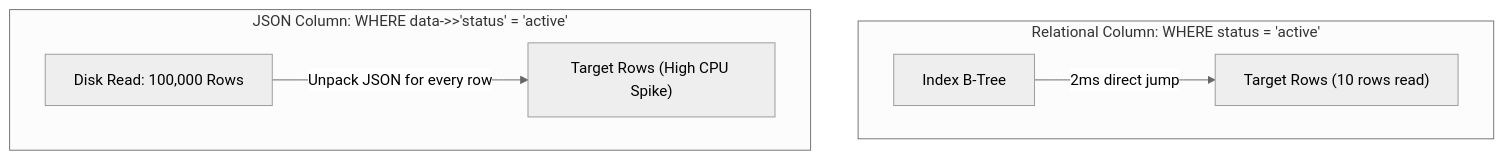
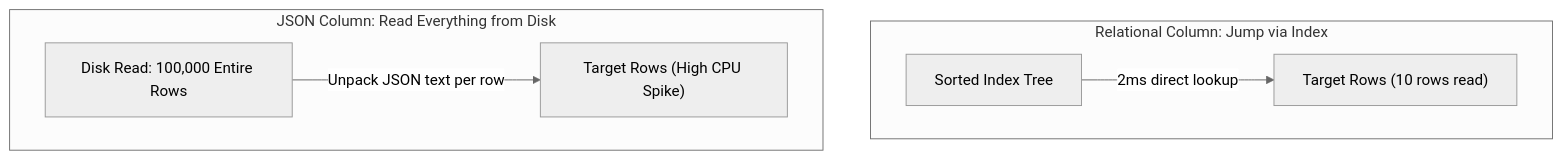
The second of 3 diagrams in productivity/your-co-engineer-for-this-jet-engine-is-an-infant/REFERENCE.md (loerei/myskills), drawn with Mermaid (neutral theme) before and after one commit. The commit also changed other lines of this file and 1 other file, not shown here.

Commit message:
feat(skills): enshrine ideology 'explain through idea of tech terms' and ban raw code dumps in diagram nodes

````diff
--- a/productivity/your-co-engineer-for-this-jet-engine-is-an-infant/REFERENCE.md
+++ b/productivity/your-co-engineer-for-this-jet-engine-is-an-infant/REFERENCE.md
@@ -66,10 +77,10 @@
 ```mermaid
 flowchart TD
-    subgraph RELATIONAL["Relational Column: WHERE status = 'active'"]
-        IndexTree["Index B-Tree"] -->|"2ms direct jump"| RelTarget["Target Rows (10 rows read)"]
+    subgraph RELATIONAL["Relational Column: Jump via Index"]
+        IndexTree["Sorted Index Tree"] -->|"2ms direct lookup"| RelTarget["Target Rows (10 rows read)"]
     end
 
-    subgraph JSON_BLOB["JSON Column: WHERE data->>'status' = 'active'"]
-        FullScan["Disk Read: 100,000 Rows"] -->|"Unpack JSON for every row"| JsonTarget["Target Rows (High CPU Spike)"]
+    subgraph JSON_BLOB["JSON Column: Read Everything from Disk"]
+        FullScan["Disk Read: 100,000 Entire Rows"] -->|"Unpack JSON text per row"| JsonTarget["Target Rows (High CPU Spike)"]
     end
 ```
````
